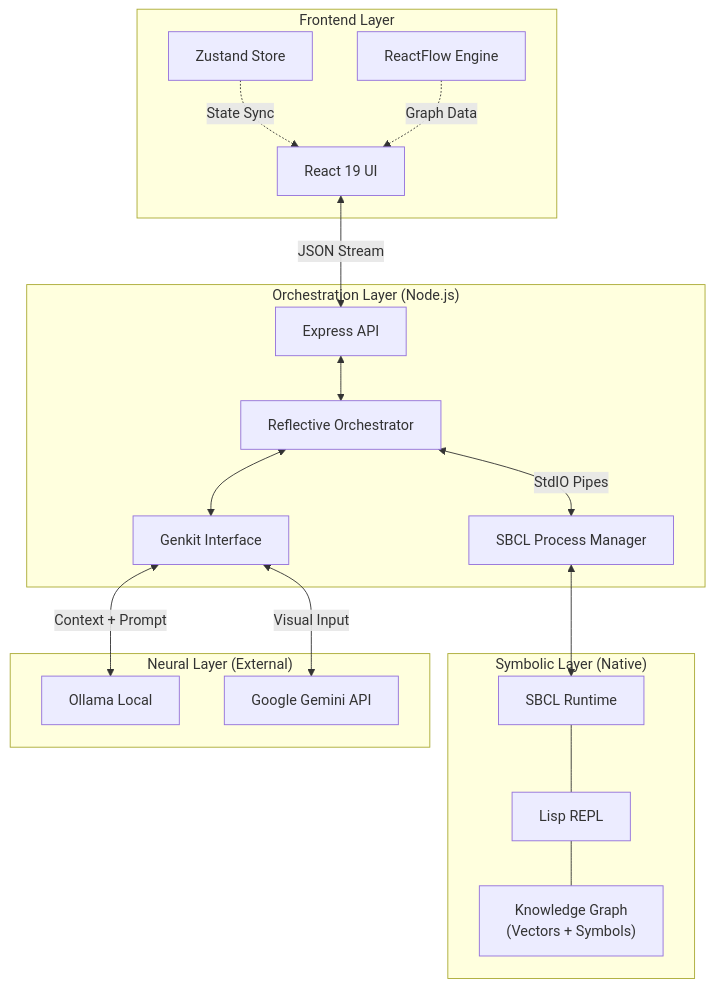
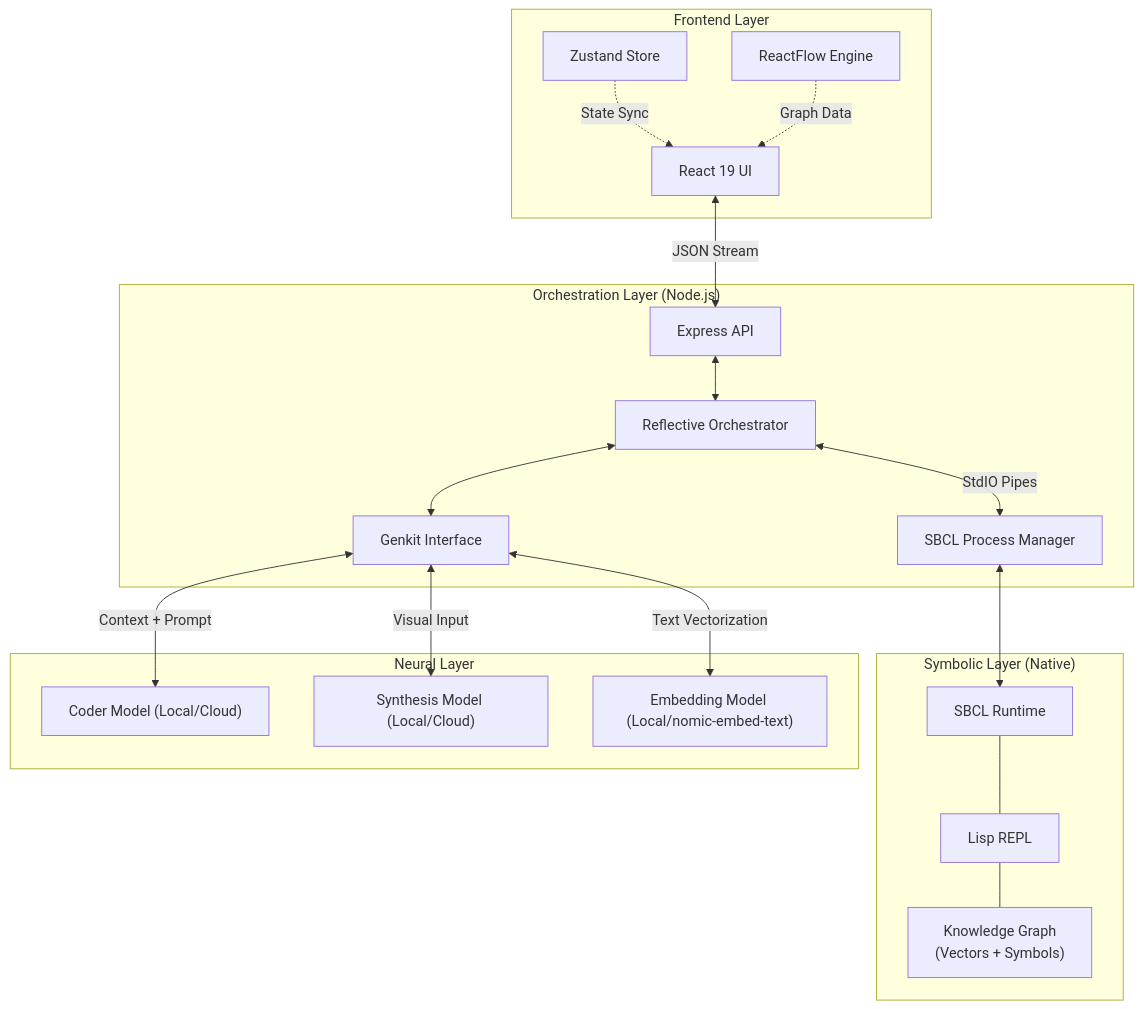
Before and after one commit to spock74/dialectical-symbolic-ai: the second of 7 diagrams in README.md, drawn with Mermaid. The commit also changed other lines of this file, not shown here.

Commit message:
docs: Normalize model nomenclature (Coder/Synthesis/Embedding) in README

````diff
--- a/README.md
+++ b/README.md
@@ -44,40 +44,42 @@
 ```mermaid
 graph TB
     subgraph "Frontend Layer"
         UI[React 19 UI]
         RF[ReactFlow Engine]
         ZU[Zustand Store]
     end
 
     subgraph "Orchestration Layer (Node.js)"
         API[Express API]
         RO[Reflective Orchestrator]
         GI[Genkit Interface]
         SP[SBCL Process Manager]
     end
 
     subgraph "Symbolic Layer (Native)"
         SBCL[SBCL Runtime]
         REPL[Lisp REPL]
         KG["Knowledge Graph<br/>(Vectors + Symbols)"]
     end
 
-    subgraph "Neural Layer (External)"
-        OLLAMA[Ollama Local]
-        GEMINI[Google Gemini API]
+    subgraph "Neural Layer"
+        CODER["Coder Model (Local/Cloud)"]
+        SYNTH["Synthesis Model (Local/Cloud)"]
+        EMBED["Embedding Model (Local/nomic-embed-text)"]
     end
 
     UI <-->|"JSON Stream"| API
     API <--> RO
     RO <--> GI
-    GI <-->|"Context + Prompt"| OLLAMA
-    GI <-->|"Visual Input"| GEMINI
+    GI <-->|"Context + Prompt"| CODER
+    GI <-->|"Visual Input"| SYNTH
+    GI <-->|"Text Vectorization"| EMBED
     
     RO <-->|"StdIO Pipes"| SP
     SP <--> SBCL
     SBCL --- REPL
     REPL --- KG
     
     ZU -.->|"State Sync"| UI
     RF -.->|"Graph Data"| UI
 ```
````
